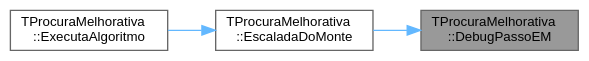
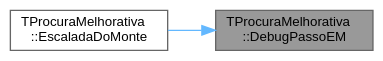
Before and after one commit to jcoelho72/TProcura: the diagram in classTProcuraMelhorativa_aa4572163864fef20a4476b03fdf5ec5b_icgraph.dot, drawn with Graphviz. The commit also changed 331 other files, not shown here.

```diff
--- a/classTProcuraMelhorativa_aa4572163864fef20a4476b03fdf5ec5b_icgraph.dot
+++ b/classTProcuraMelhorativa_aa4572163864fef20a4476b03fdf5ec5b_icgraph.dot
@@ -1,13 +1,11 @@
 digraph "TProcuraMelhorativa::DebugPassoEM"
 {
  // LATEX_PDF_SIZE
   bgcolor="transparent";
   edge [fontname=Helvetica,fontsize=10,labelfontname=Helvetica,labelfontsize=10];
   node [fontname=Helvetica,fontsize=10,shape=box,height=0.2,width=0.4];
   rankdir="RL";
   Node1 [id="Node000001",label="TProcuraMelhorativa\l::DebugPassoEM",height=0.2,width=0.4,color="gray40", fillcolor="grey60", style="filled", fontcolor="black",tooltip=" "];
   Node1 -> Node2 [id="edge1_Node000001_Node000002",dir="back",color="steelblue1",style="solid",tooltip=" "];
   Node2 [id="Node000002",label="TProcuraMelhorativa\l::EscaladaDoMonte",height=0.2,width=0.4,color="grey40", fillcolor="white", style="filled",URL="$classTProcuraMelhorativa.html#a8c8caa2d188bb5f6701fc5e1ddbc4510",tooltip=" "];
-  Node2 -> Node3 [id="edge2_Node000002_Node000003",dir="back",color="steelblue1",style="solid",tooltip=" "];
-  Node3 [id="Node000003",label="TProcuraMelhorativa\l::ExecutaAlgoritmo",height=0.2,width=0.4,color="grey40", fillcolor="white", style="filled",URL="$classTProcuraMelhorativa.html#af101526489df420431d22477e317fb33",tooltip="Executa o algoritmo com os parametros atuais."];
 }
```
